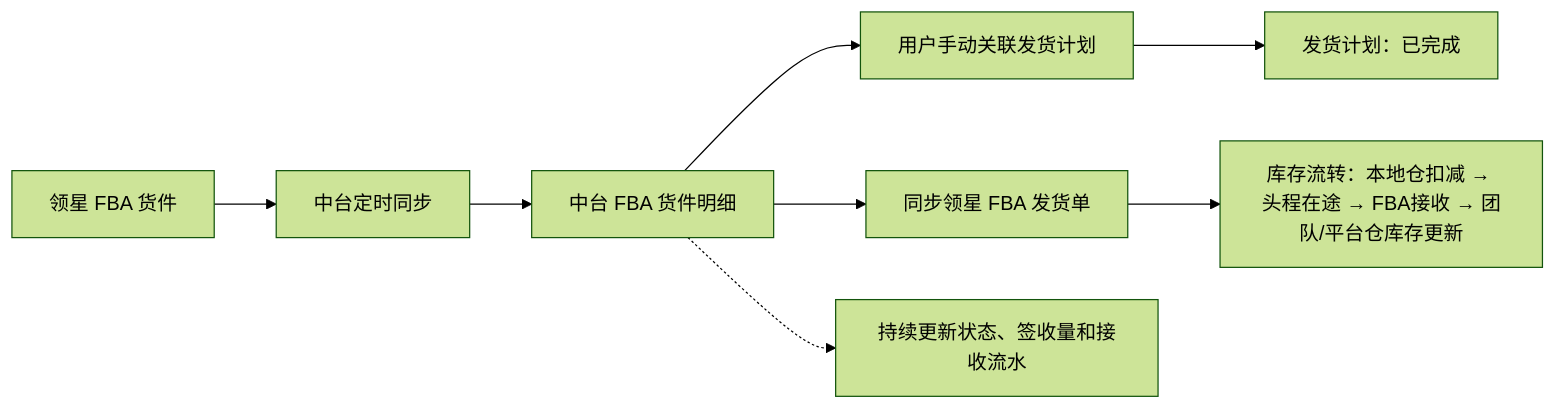
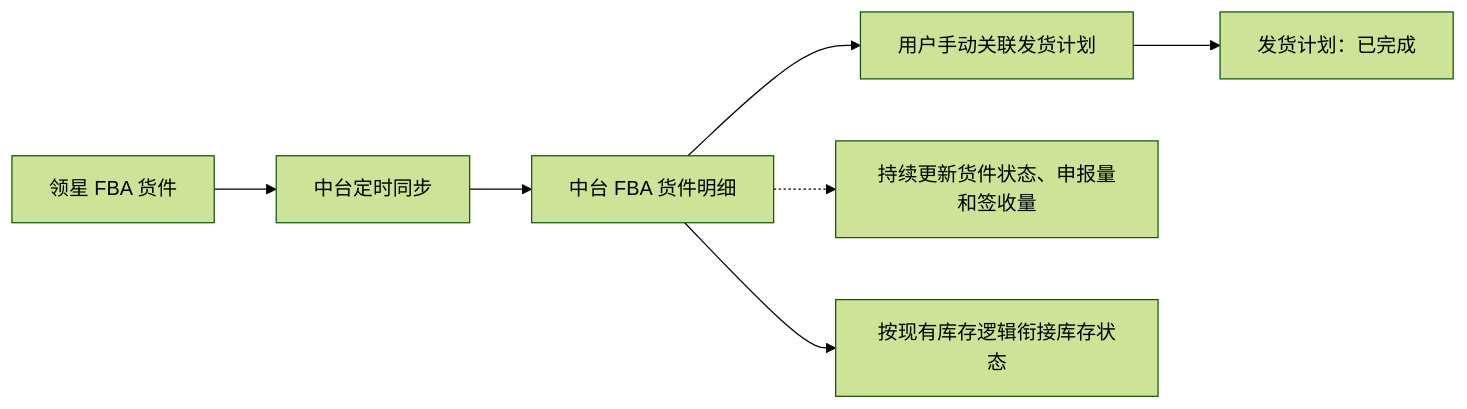
One commit to heiquanrenheiquanren-lab/Middle-Platform-Pages changed the first of 2 diagrams in PRD/领星FBA货件对接PRD.md. Above: the diagram before and after it, drawn with Mermaid (forest theme). The commit also changed other lines of this file and 12 other files, not shown here.

````diff
--- a/PRD/领星FBA货件对接PRD.md
+++ b/PRD/领星FBA货件对接PRD.md
@@ -70,10 +60,9 @@
 ```mermaid
 flowchart LR
     lingxing["领星 FBA 货件"] --> sync["中台定时同步"]
     sync --> fbaDetail["中台 FBA 货件明细"]
     fbaDetail --> linkPlan["用户手动关联发货计划"]
     linkPlan --> planDone["发货计划：已完成"]
-    fbaDetail --> orderSync["同步领星 FBA 发货单"]
-    orderSync --> inventory["库存流转：本地仓扣减 → 头程在途 → FBA接收 → 团队/平台仓库存更新"]
-    fbaDetail -.-> updateData["持续更新状态、签收量和接收流水"]
+    fbaDetail -.-> updateData["持续更新货件状态、申报量和签收量"]
+    fbaDetail --> inventory["按现有库存逻辑衔接库存状态"]
 ```
````
